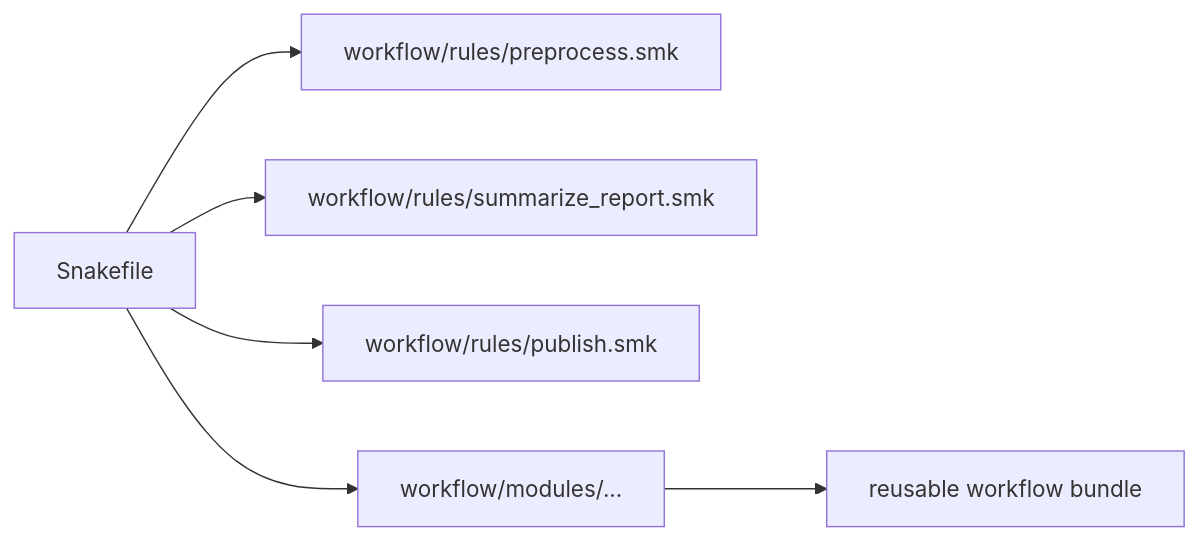
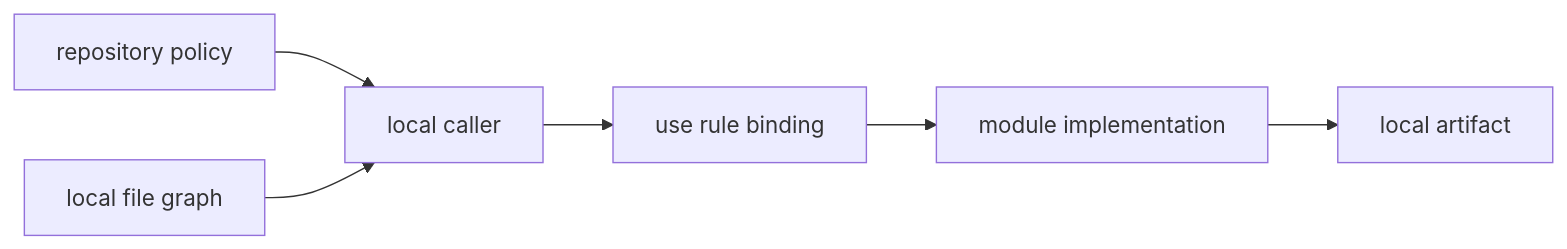
One commit to bijux/bijux-masterclass changed the diagram in programs/reproducible-research/deep-dive-snakemake/course-book/module-07-workflow-architecture-file-apis/rule-families-modules-and-ownership-boundaries.md. Above: the diagram before and after it, drawn with Mermaid. The commit also changed other lines of this file, not shown here.

Commit message:
docs(snakemake): teach module ownership boundaries

````diff
--- a/programs/reproducible-research/deep-dive-snakemake/course-book/module-07-workflow-architecture-file-apis/rule-families-modules-and-ownership-boundaries.md
+++ b/programs/reproducible-research/deep-dive-snakemake/course-book/module-07-workflow-architecture-file-apis/rule-families-modules-and-ownership-boundaries.md
@@ -94,8 +26,8 @@
 ```mermaid
 flowchart LR
-  snakefile["Snakefile"] --> preprocess["workflow/rules/preprocess.smk"]
-  snakefile --> summarize["workflow/rules/summarize_report.smk"]
-  snakefile --> publish["workflow/rules/publish.smk"]
-  snakefile --> modules["workflow/modules/..."]
-  modules --> reuse["reusable workflow bundle"]
+  policy["repository policy"] --> caller["local caller"]
+  paths["local file graph"] --> caller
+  caller --> binding["use rule binding"]
+  binding --> module["module implementation"]
+  module --> artifact["local artifact"]
 ```
````
